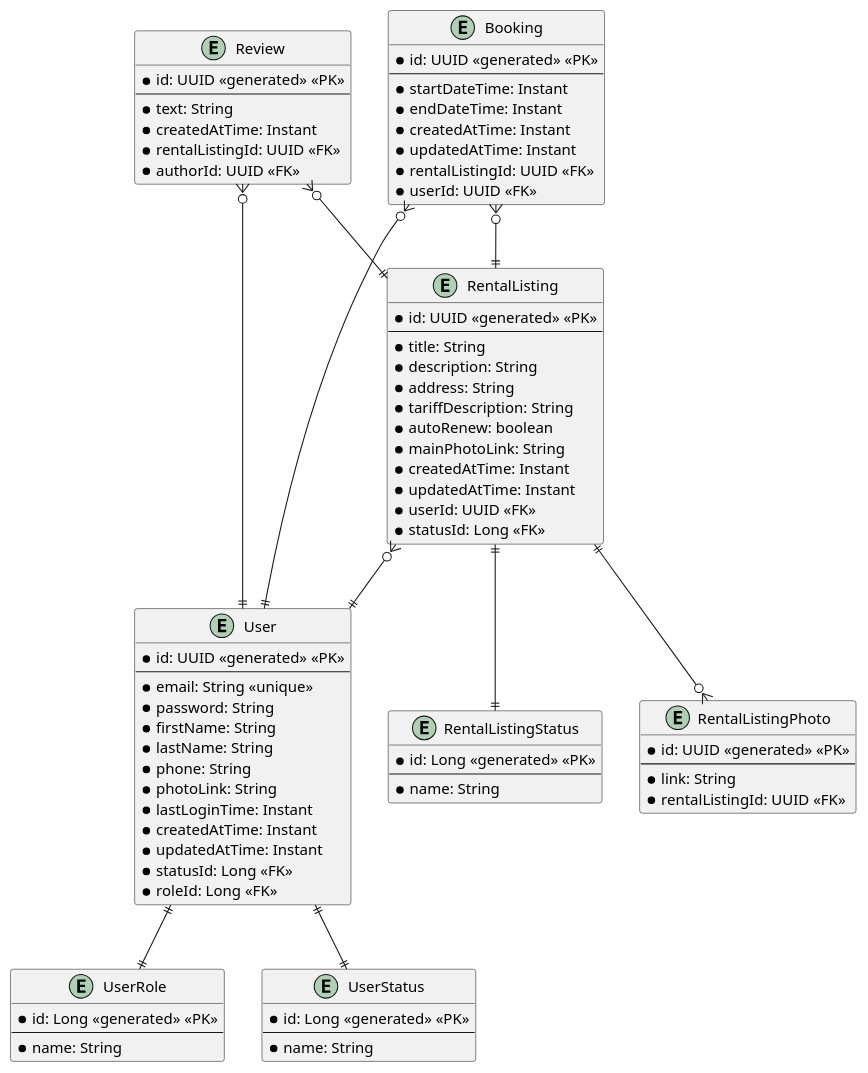
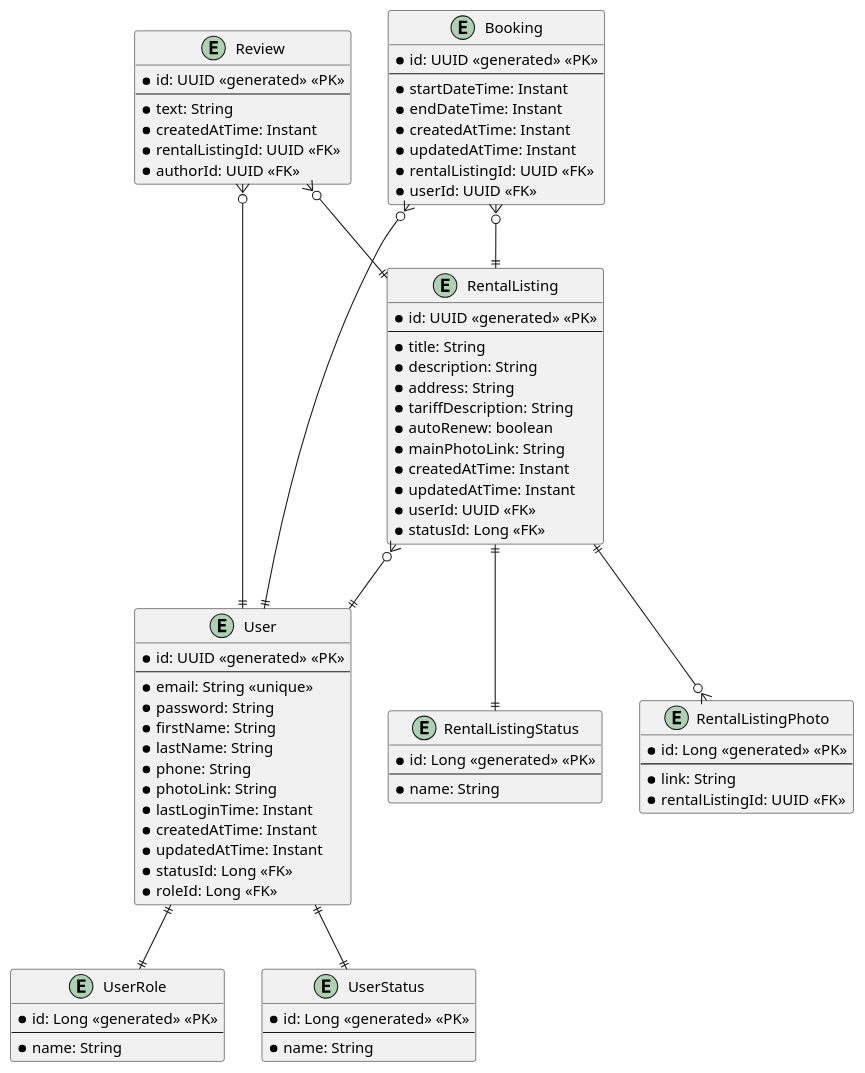
One commit to ruska112x/rentify-diploma changed the diagram in misc/database-minimal.puml. Above: the diagram before and after it, drawn with PlantUML. The commit also changed 9 other files, not shown here.

```diff
--- a/misc/database-minimal.puml
+++ b/misc/database-minimal.puml
@@ -1,104 +1,104 @@
 @startuml database
 allow_mixing
 
 scale max 1920 width
 scale max 1080 height
 
 left to right direction
 top to bottom direction
 
 
 entity "User" as user {
     * id: UUID <<generated>> <<PK>>
     ---
     * email: String <<unique>>
     * password: String
     * firstName: String
     * lastName: String
     * phone: String
     * photoLink: String
     * lastLoginTime: Instant
     * createdAtTime: Instant
     * updatedAtTime: Instant
     * statusId: Long <<FK>>
     * roleId: Long <<FK>>
 }
 
 ' USER, ADMIN, MODERATOR
 entity "UserRole" as userRole {
     * id: Long <<generated>> <<PK>>
     ---
     * name: String
 }
 
 ' ACTIVE, BLOCKED, DELETED
 entity "UserStatus" as userStatus {
     * id: Long <<generated>> <<PK>>
     ---
     * name: String
 }
 
 entity "RentalListing" as rentalListing {
     * id: UUID <<generated>> <<PK>>
     ---
     * title: String
     * description: String
     * address: String
     * tariffDescription: String
     * autoRenew: boolean
     * mainPhotoLink: String
     * createdAtTime: Instant
     * updatedAtTime: Instant
     * userId: UUID <<FK>>
     * statusId: Long <<FK>>
 }
 
 ' ACTIVE, BLOCKED, ONDELETION, DELETED
 entity "RentalListingStatus" as rentalListingStatus {
     * id: Long <<generated>> <<PK>>
     ---
     * name: String
 }
 
 entity "RentalListingPhoto" as rentalListingPhoto {
-    * id: UUID <<generated>> <<PK>>
+    * id: Long <<generated>> <<PK>>
     ---
     * link: String
     * rentalListingId: UUID <<FK>>
 }
 
 entity "Booking" as booking {
     * id: UUID <<generated>> <<PK>>
     ---
     * startDateTime: Instant
     * endDateTime: Instant
     * createdAtTime: Instant
     * updatedAtTime: Instant
     * rentalListingId: UUID <<FK>>
     * userId: UUID <<FK>>
 }
 
 entity "Review" as review {
     * id: UUID <<generated>> <<PK>>
     ---
     * text: String
     * createdAtTime: Instant
     * rentalListingId: UUID <<FK>>
     * authorId: UUID <<FK>>
 }
 
 user ||--|| userRole
 user ||--|| userStatus
 
 rentalListing }o--|| user
 rentalListing ||--|| rentalListingStatus
 rentalListing ||--o{ rentalListingPhoto
 
 booking }o--|| rentalListing
 booking }o--|| user
 
 review }o--|| user
 review }o--|| rentalListing
 
 
 @enduml
```
